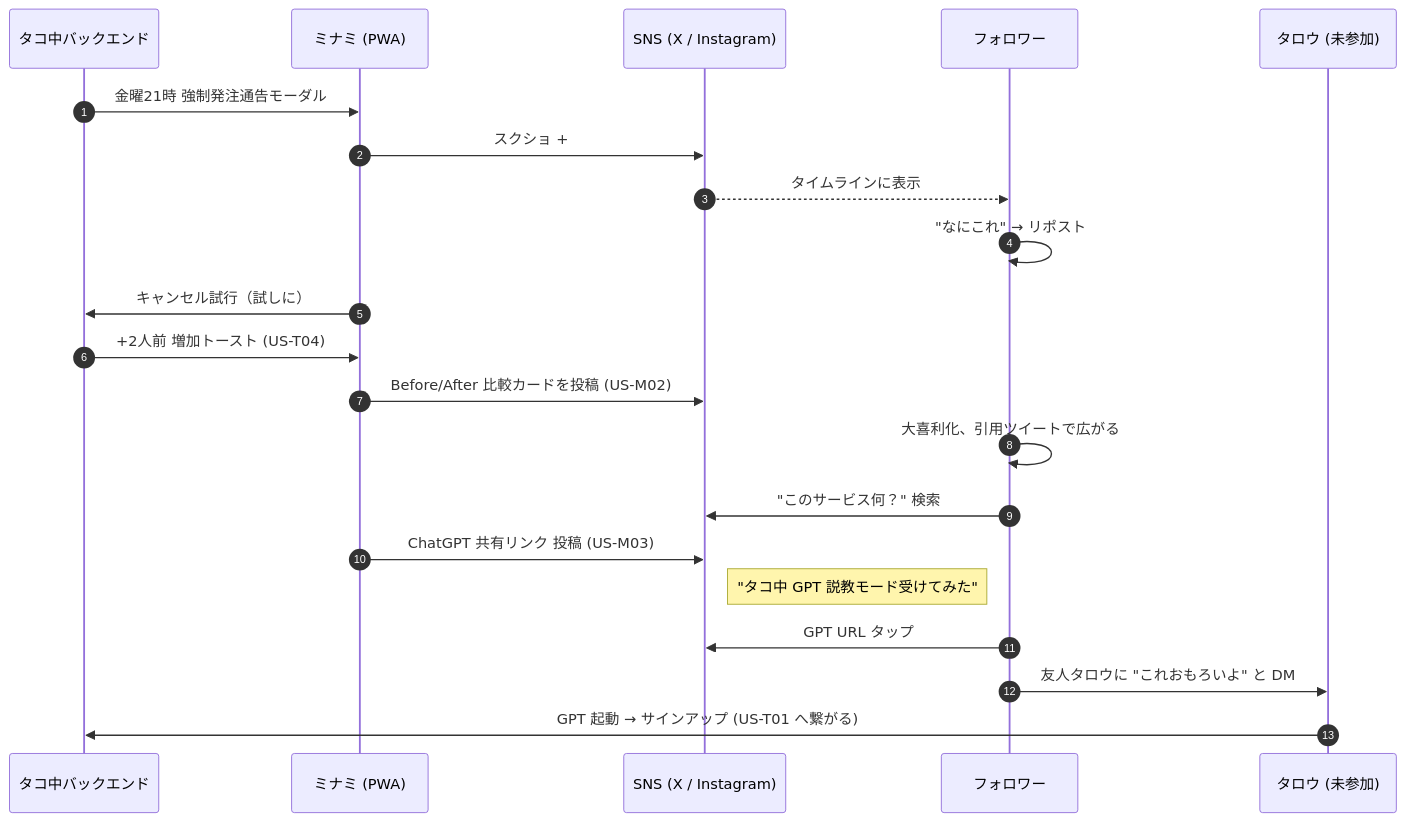
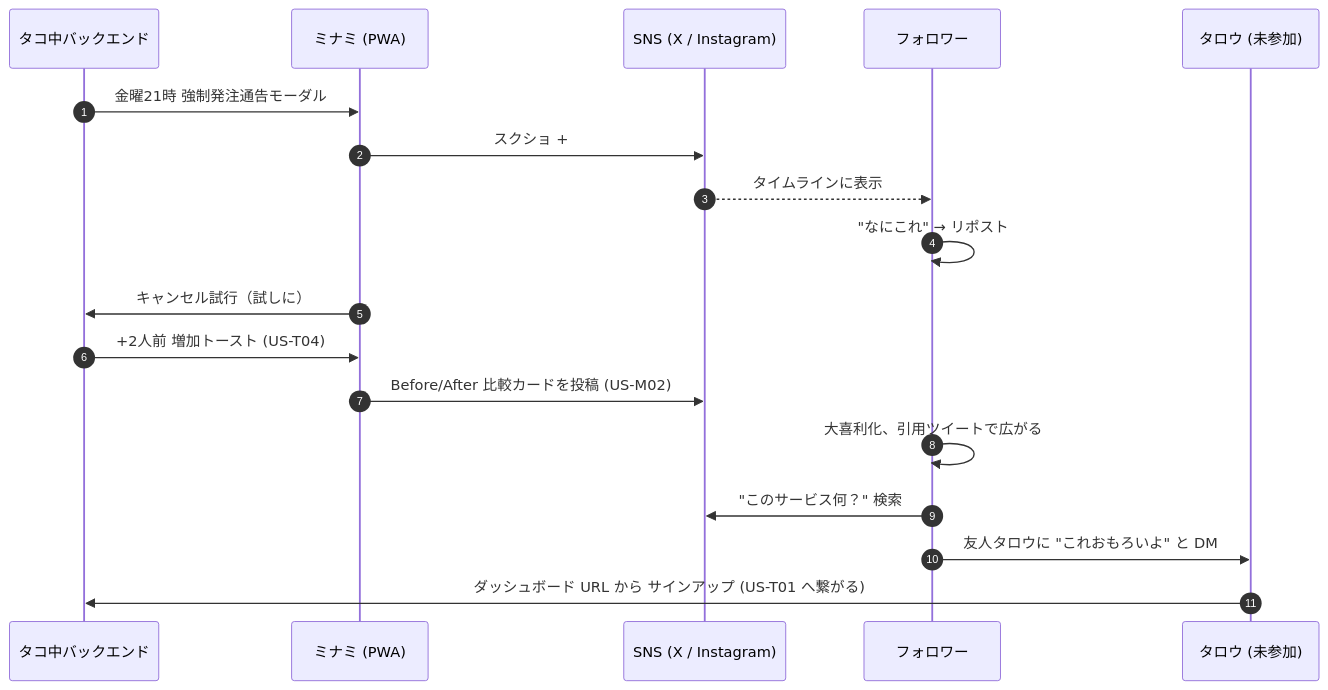
Before and after one commit to salsa-panda/tako-tues: the third of 3 diagrams in aidlc-docs/inception/user-stories/story-board.md, drawn with Mermaid. The commit also changed other lines of this file and 19 other files, not shown here.

First line of the commit message:
FR-6.3 ChatGPT カスタム GPT スコープを全ドキュメントから削除

````diff
--- a/aidlc-docs/inception/user-stories/story-board.md
+++ b/aidlc-docs/inception/user-stories/story-board.md
@@ -143,26 +138,23 @@
 ```mermaid
 sequenceDiagram
     autonumber
     participant TM as タコ中バックエンド
     participant ミナミ as ミナミ (PWA)
     participant SNS as SNS (X / Instagram)
     participant FF as フォロワー
     participant TR as タロウ (未参加)
 
     TM->>ミナミ: 金曜21時 強制発注通告モーダル
     ミナミ->>SNS: スクショ + #タコ中 ハッシュタグ投稿 (US-M01)
     SNS-->>FF: タイムラインに表示
     FF->>FF: "なにこれ" → リポスト
 
     ミナミ->>TM: キャンセル試行（試しに）
     TM->>ミナミ: +2人前 増加トースト (US-T04)
     ミナミ->>SNS: Before/After 比較カードを投稿 (US-M02)
     FF->>FF: 大喜利化、引用ツイートで広がる
     FF->>SNS: "このサービス何？" 検索
 
-    ミナミ->>SNS: ChatGPT 共有リンク 投稿 (US-M03)
-    Note right of SNS: "タコ中 GPT 説教モード受けてみた"
-    FF->>SNS: GPT URL タップ
     FF->>TR: 友人タロウに "これおもろいよ" と DM
-    TR->>TM: GPT 起動 → サインアップ (US-T01 へ繋がる)
+    TR->>TM: ダッシュボード URL から サインアップ (US-T01 へ繋がる)
 ```
````
